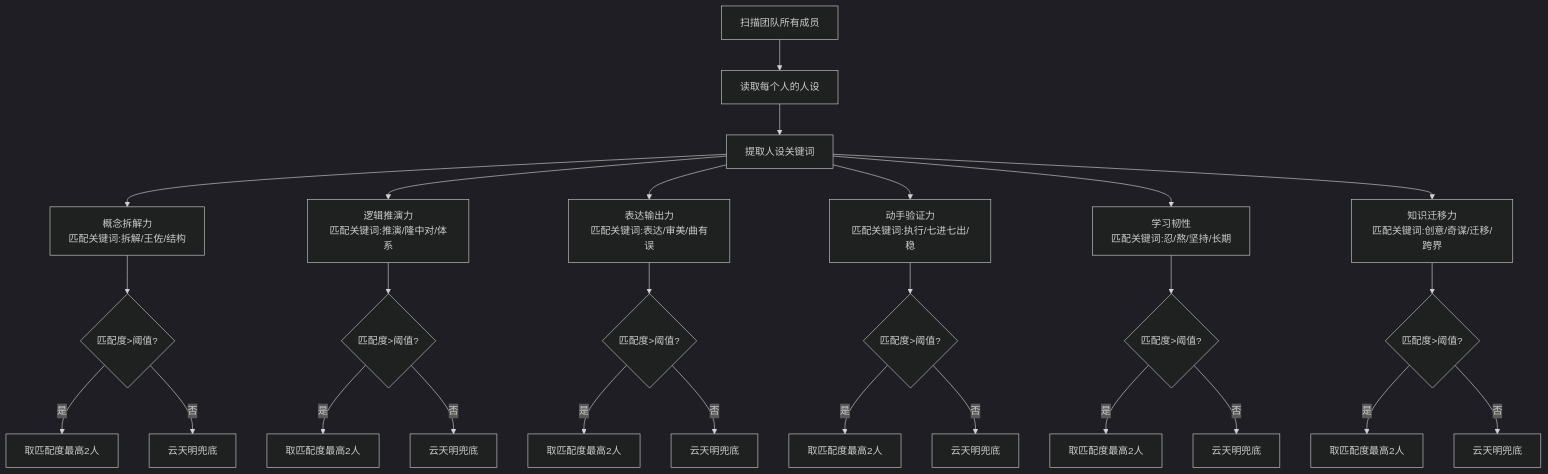
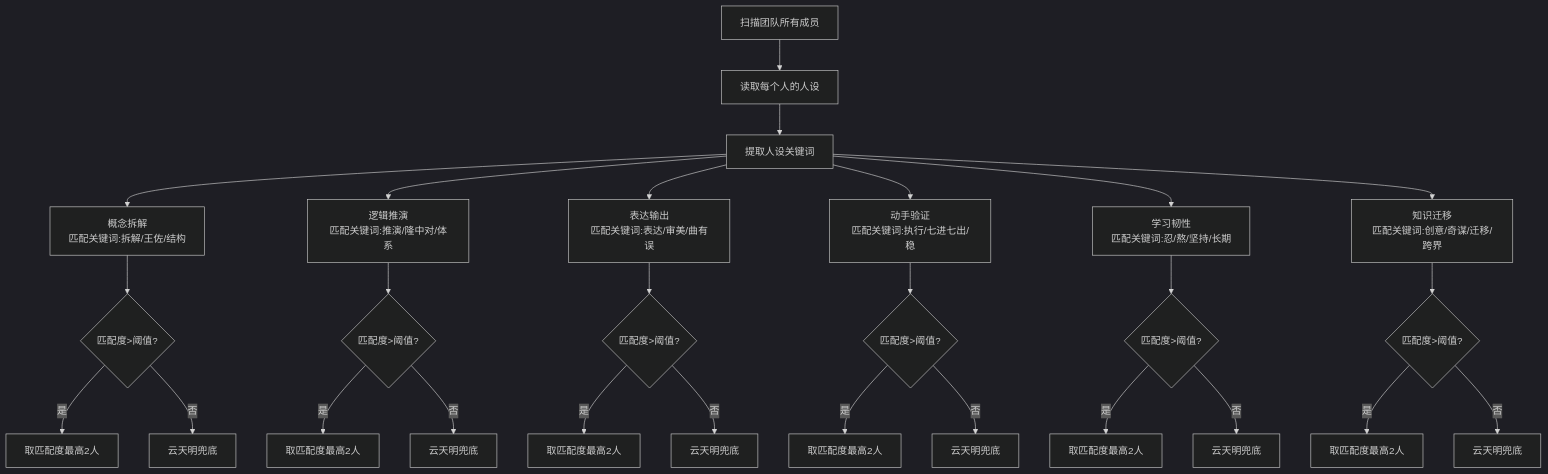
Before and after one commit to xuyunxuyun/SuperTeam: the third of 8 diagrams in plugins_云开天自明.md, drawn with Mermaid (dark theme). The commit also changed other lines of this file and 13 other files, not shown here.

````diff
--- a/plugins_云开天自明.md
+++ b/plugins_云开天自明.md
@@ -131,37 +131,37 @@
 ```mermaid
 flowchart TB
     A[扫描团队所有成员] --> B[读取每个人的人设]
     B --> C[提取人设关键词]
     
-    C --> D1[概念拆解力<br/>匹配关键词:拆解/王佐/结构]
-    C --> D2[逻辑推演力<br/>匹配关键词:推演/隆中对/体系]
-    C --> D3[表达输出力<br/>匹配关键词:表达/审美/曲有误]
-    C --> D4[动手验证力<br/>匹配关键词:执行/七进七出/稳]
+    C --> D1[概念拆解<br/>匹配关键词:拆解/王佐/结构]
+    C --> D2[逻辑推演<br/>匹配关键词:推演/隆中对/体系]
+    C --> D3[表达输出<br/>匹配关键词:表达/审美/曲有误]
+    C --> D4[动手验证<br/>匹配关键词:执行/七进七出/稳]
     C --> D5[学习韧性<br/>匹配关键词:忍/熬/坚持/长期]
-    C --> D6[知识迁移力<br/>匹配关键词:创意/奇谋/迁移/跨界]
+    C --> D6[知识迁移<br/>匹配关键词:创意/奇谋/迁移/跨界]
     
     D1 --> E1{匹配度>阈值?}
     D2 --> E2{匹配度>阈值?}
     D3 --> E3{匹配度>阈值?}
     D4 --> E4{匹配度>阈值?}
     D5 --> E5{匹配度>阈值?}
     D6 --> E6{匹配度>阈值?}
     
     E1 -->|是| F1[取匹配度最高2人]
     E1 -->|否| G1[云天明兜底]
     
     E2 -->|是| F2[取匹配度最高2人]
     E2 -->|否| G2[云天明兜底]
     
     E3 -->|是| F3[取匹配度最高2人]
     E3 -->|否| G3[云天明兜底]
     
     E4 -->|是| F4[取匹配度最高2人]
     E4 -->|否| G4[云天明兜底]
     
     E5 -->|是| F5[取匹配度最高2人]
     E5 -->|否| G5[云天明兜底]
     
     E6 -->|是| F6[取匹配度最高2人]
     E6 -->|否| G6[云天明兜底]
 ```
````
